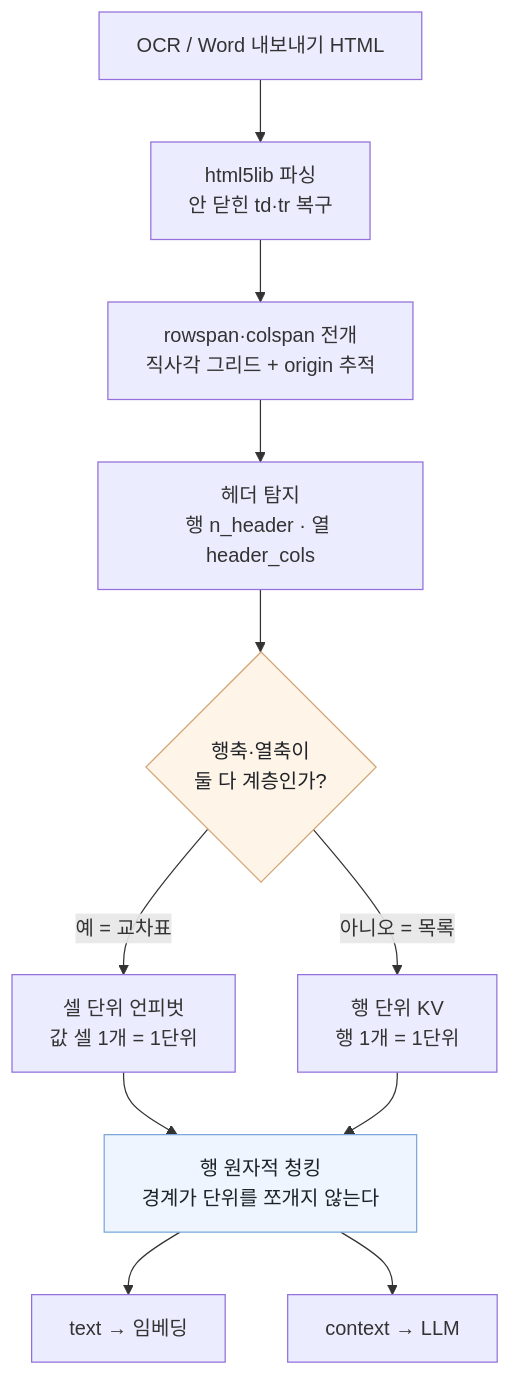
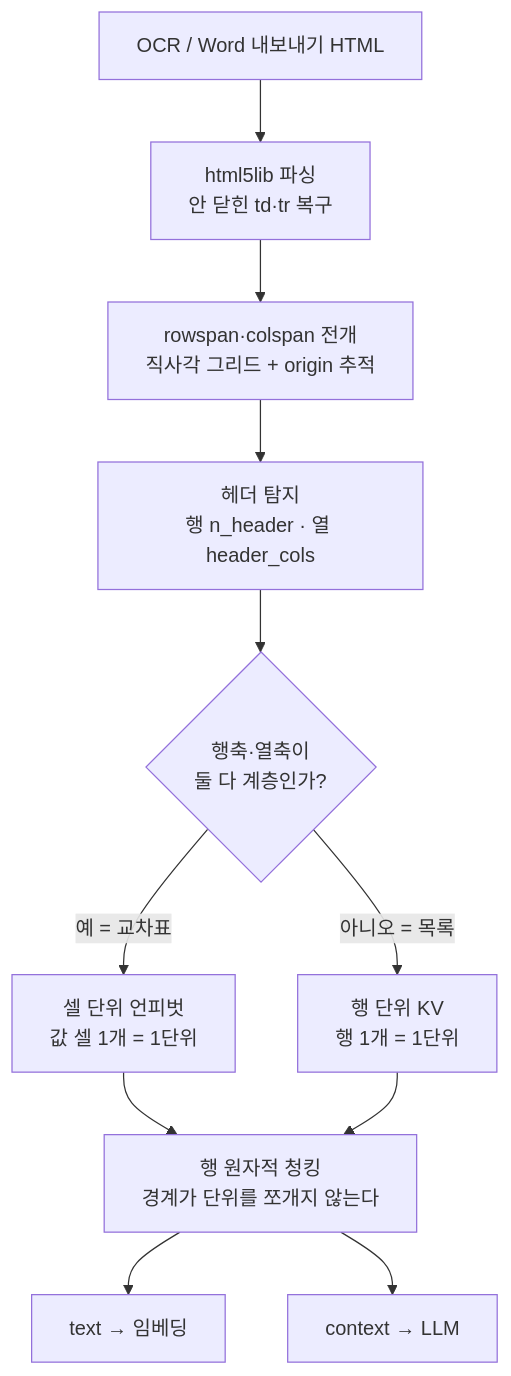
Before and after one commit to hizieun/ko-table-chunker: the first of 2 diagrams in README.md, drawn with Mermaid. The commit also changed other lines of this file, not shown here.

First line of the commit message:
Mermaid 커스텀 색 제거 — GitHub 는 라벨을 HTML 로 렌더해 인라인 color 가 전파되지 않는다

````diff
--- a/README.md
+++ b/README.md
@@ -15,15 +15,13 @@
 ```mermaid
 flowchart TD
     A["OCR / Word 내보내기 HTML"] --> B["html5lib 파싱<br/>안 닫힌 td·tr 복구"]
     B --> C["rowspan·colspan 전개<br/>직사각 그리드 + origin 추적"]
     C --> D["헤더 탐지<br/>행 n_header · 열 header_cols"]
     D --> E{"행축·열축이<br/>둘 다 계층인가?"}
     E -->|"예 = 교차표"| F["셀 단위 언피벗<br/>값 셀 1개 = 1단위"]
     E -->|"아니오 = 목록"| G["행 단위 KV<br/>행 1개 = 1단위"]
     F --> H["행 원자적 청킹<br/>경계가 단위를 쪼개지 않는다"]
     G --> H
     H --> I["text → 임베딩"]
     H --> J["context → LLM"]
-    style E fill:#fff4e8,stroke:#d4a373,color:#1f2328
-    style H fill:#eef5fe,stroke:#7aa7d9,color:#1f2328
 ```
````
